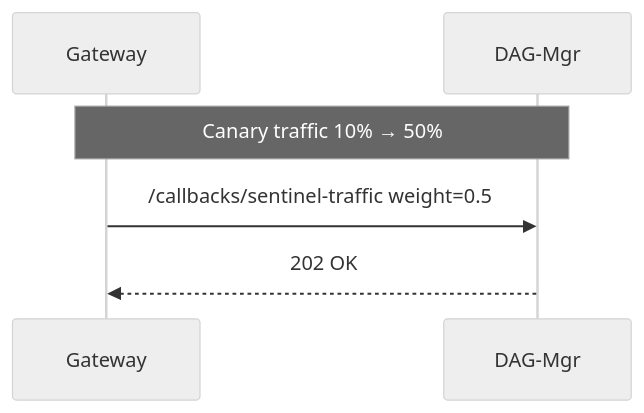
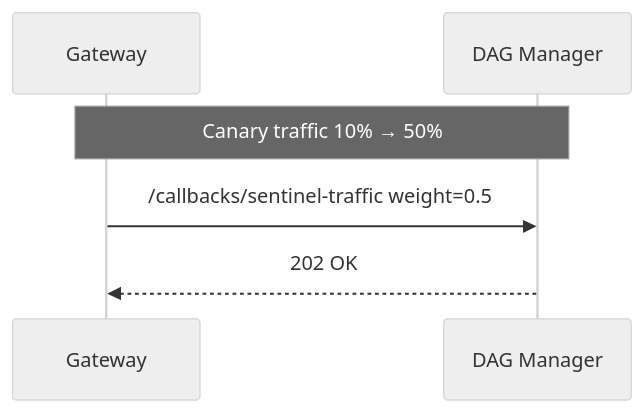
One commit to hyophyop/qmtl changed the diagram in dag-manager.md. Above: the diagram before and after it, drawn with Mermaid (neutral theme). The commit also changed other lines of this file and 24 other files, not shown here.

Commit message:
Unify DAG Manager naming

````diff
--- a/dag-manager.md
+++ b/dag-manager.md
@@ -143,8 +143,8 @@
 ```mermaid
 sequenceDiagram
     participant G as Gateway
-    participant D as DAG‑Mgr
+    participant D as DAG Manager
     Note over G,D: Canary traffic 10% → 50%
     G->>D: /callbacks/sentinel-traffic weight=0.5
     D-->>G: 202 OK
 ```
````
